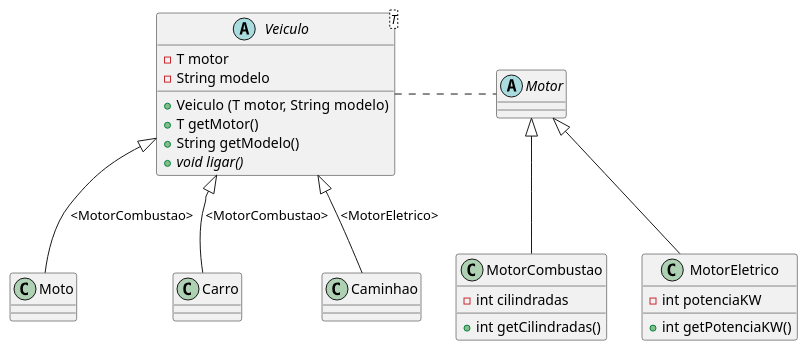
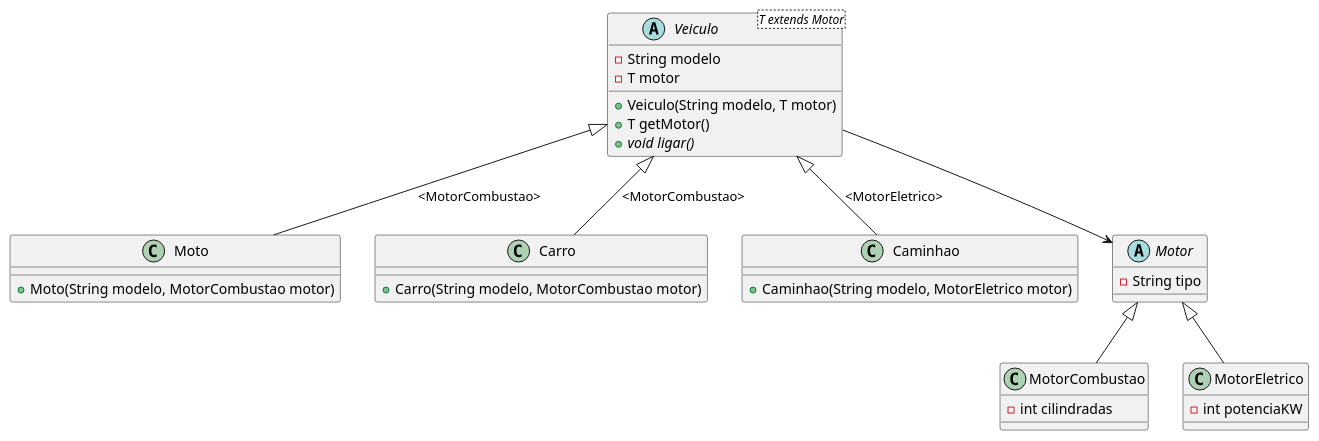
The second of 2 diagrams in src/posts/20_generics.md (20261-ifba-saj-ads-poo/blog), drawn with PlantUML before and after one commit. The commit also changed other lines of this file and 93 other files, not shown here.

````diff
--- a/src/posts/20_generics.md
+++ b/src/posts/20_generics.md
@@ -168,31 +184,40 @@
 ```plantuml
 @startuml
-abstract Veiculo<T>{
+abstract class "Veiculo<T extends Motor>" as Veiculo {
+  - String modelo
   - T motor
-  - String modelo
-  + Veiculo (T motor, String modelo)
+  + Veiculo(String modelo, T motor)
   + T getMotor()
-  + String getModelo()
-  + void {abstract} ligar()
+  + {abstract} void ligar()
+}
+
+class Moto {
+  + Moto(String modelo, MotorCombustao motor)
+}
+
+class Carro {
+  + Carro(String modelo, MotorCombustao motor)
+}
+
+class Caminhao {
+  + Caminhao(String modelo, MotorEletrico motor)
+}
+
+abstract class Motor {
+  - String tipo
+}
+
+class MotorCombustao extends Motor {
+  - int cilindradas
+}
+
+class MotorEletrico extends Motor {
+  - int potenciaKW
 }
 
 Veiculo <|-- Moto : <MotorCombustao>
 Veiculo <|-- Carro : <MotorCombustao>
 Veiculo <|-- Caminhao : <MotorEletrico>
-
-
-abstract Motor
-
-class MotorCombustao extends Motor{
-  - int cilindradas
-  + int getCilindradas()
-}
-
-class MotorEletrico extends Motor{
-  - int potenciaKW
-  + int getPotenciaKW()
-}
-
-Veiculo . Motor
+Veiculo --> Motor
 @enduml
 ```
````
